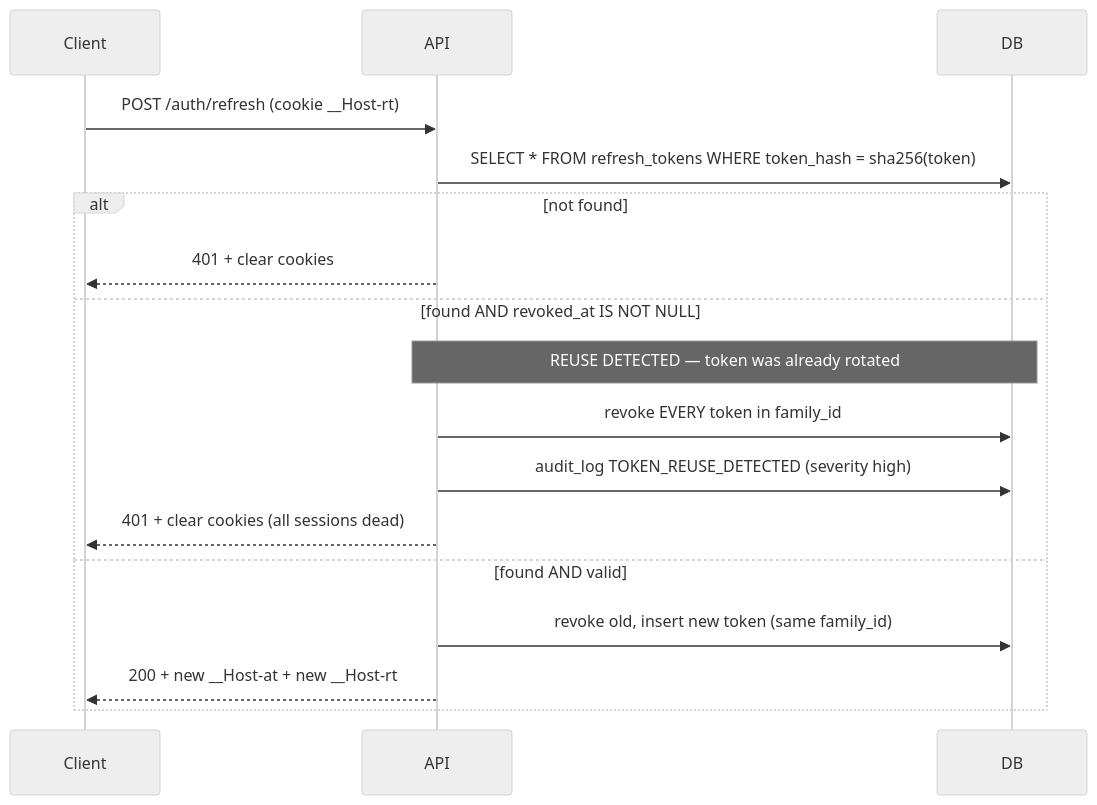
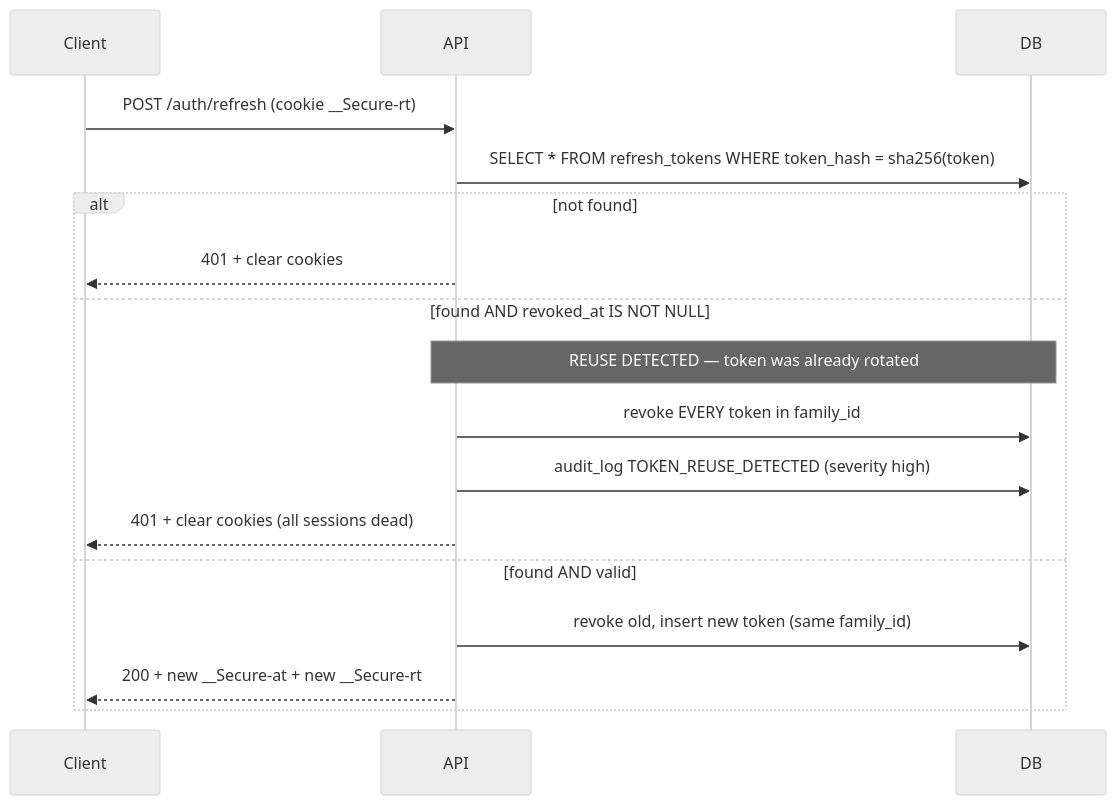
Before and after one commit to EslamRamzy/test: the second of 2 diagrams in docs/architecture/04-authentication-architecture.md, drawn with Mermaid (neutral theme). The commit also changed other lines of this file and 9 other files, not shown here.

````diff
--- a/docs/architecture/04-authentication-architecture.md
+++ b/docs/architecture/04-authentication-architecture.md
@@ -75,20 +85,20 @@
 ```mermaid
 sequenceDiagram
     participant C as Client
     participant A as API
     participant D as DB
 
-    C->>A: POST /auth/refresh (cookie __Host-rt)
+    C->>A: POST /auth/refresh (cookie __Secure-rt)
     A->>D: SELECT * FROM refresh_tokens WHERE token_hash = sha256(token)
     alt not found
         A-->>C: 401 + clear cookies
     else found AND revoked_at IS NOT NULL
         Note over A,D: REUSE DETECTED — token was already rotated
         A->>D: revoke EVERY token in family_id
         A->>D: audit_log TOKEN_REUSE_DETECTED (severity high)
         A-->>C: 401 + clear cookies  (all sessions dead)
     else found AND valid
         A->>D: revoke old, insert new token (same family_id)
-        A-->>C: 200 + new __Host-at + new __Host-rt
+        A-->>C: 200 + new __Secure-at + new __Secure-rt
     end
 ```
````
